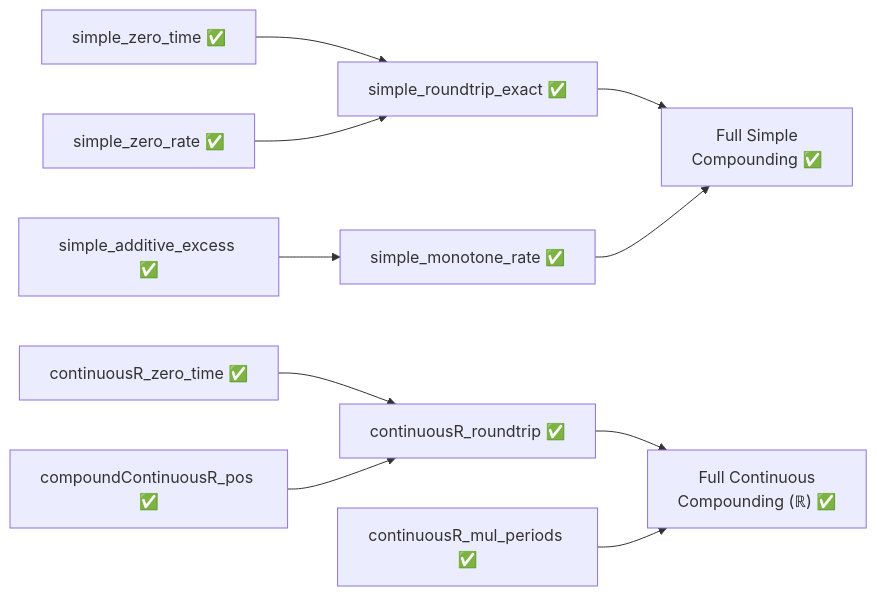
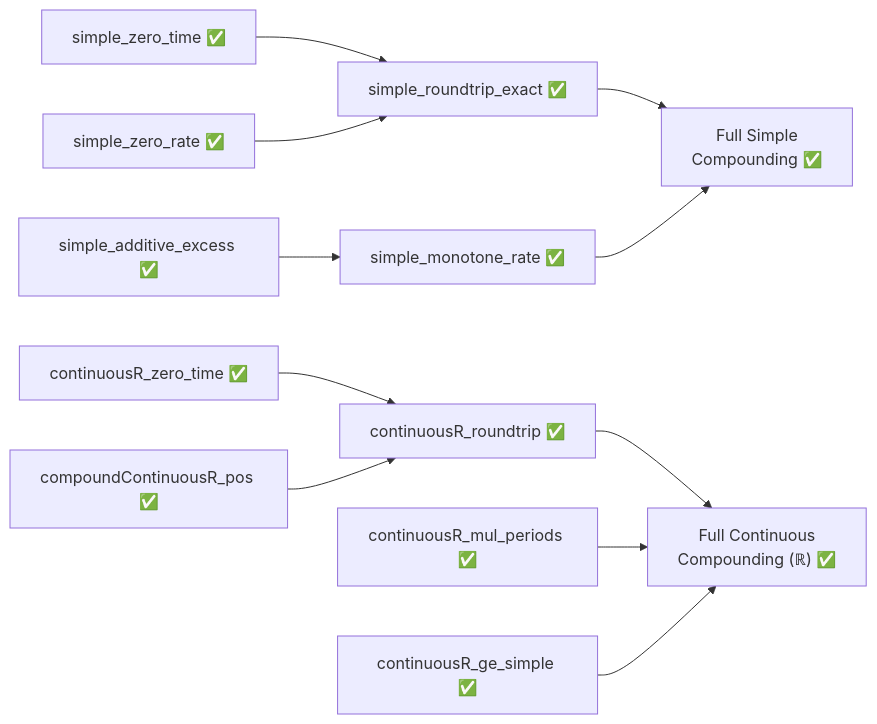
Before and after one commit to dsyme/QuantLib: the sixth of 8 diagrams in formal-verification/REPORT.md, drawn with Mermaid. The commit also changed other lines of this file and 1 other file, not shown here.

````diff
--- a/formal-verification/REPORT.md
+++ b/formal-verification/REPORT.md
@@ -109,12 +155,13 @@
 ```mermaid
 graph LR
     A["simple_zero_time ✅"] --> D["simple_roundtrip_exact ✅"]
     B["simple_zero_rate ✅"] --> D
     C["simple_additive_excess ✅"] --> E["simple_monotone_rate ✅"]
     D --> F["Full Simple<br/>Compounding ✅"]
     E --> F
     G["continuousR_zero_time ✅"] --> H["continuousR_roundtrip ✅"]
     I["compoundContinuousR_pos ✅"] --> H
     H --> J["Full Continuous<br/>Compounding (ℝ) ✅"]
     K["continuousR_mul_periods ✅"] --> J
+    L["continuousR_ge_simple ✅"] --> J
 ```
````
